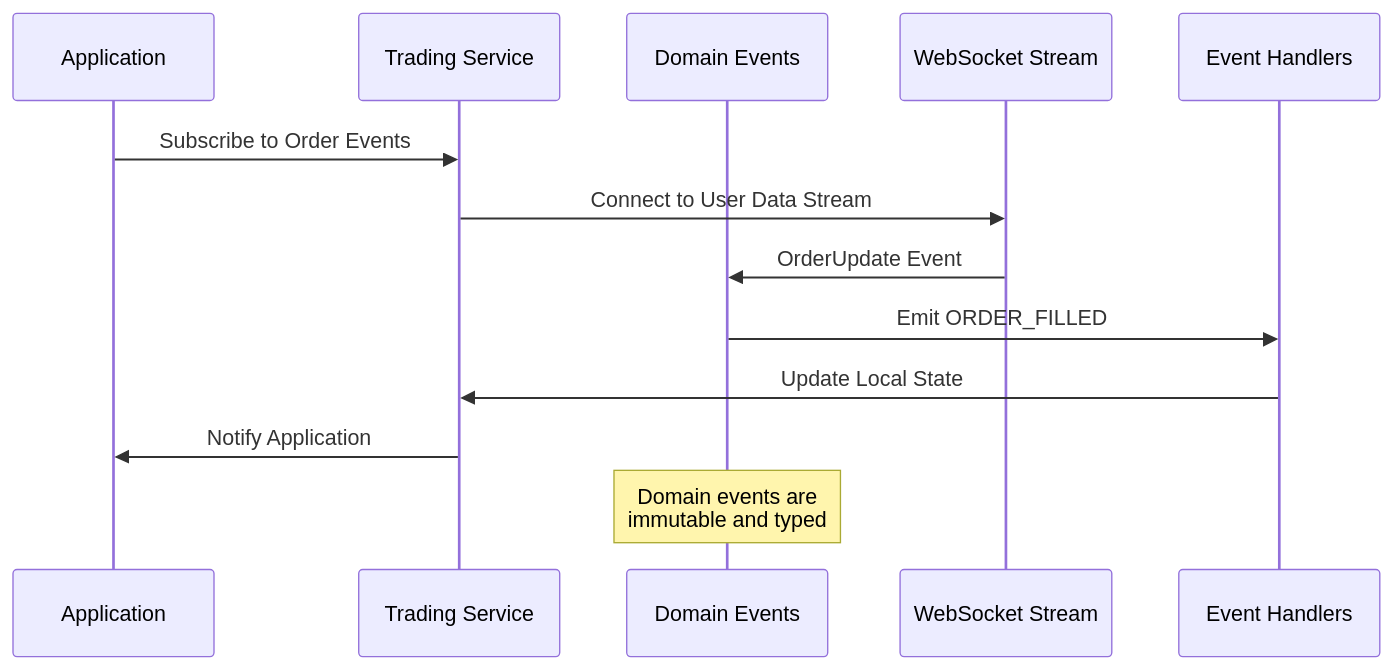
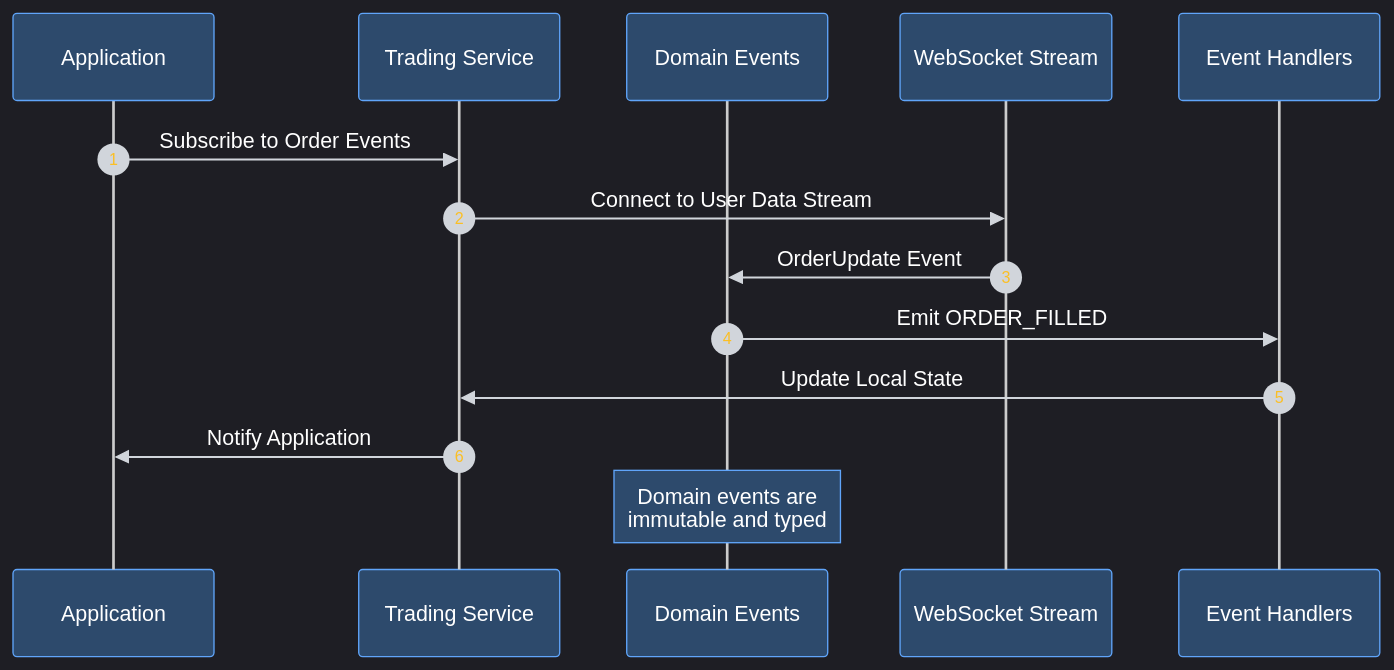
One commit to ArmandRicheletKleinberg/Ark.Alliance.Trading.Providers.Lib changed the second of 10 diagrams in README.md. Above: the diagram before and after it, drawn with Mermaid. The commit also changed other lines of this file, not shown here.

First line of the commit message:
feat: convert all diagrams to professional dark theme

````diff
--- a/README.md
+++ b/README.md
@@ -142,17 +150,19 @@
 ```mermaid
+%%{init: {'theme':'dark', 'themeVariables': {'primaryColor':'#1e3a5f','actorBkg':'#2d4a6c','actorBorder':'#60a5fa','actorTextColor':'#fff','signalColor':'#d1d5db','signalTextColor':'#fff','labelBoxBkgColor':'#1a2332','labelBoxBorderColor':'#60a5fa','labelTextColor':'#fff','loopTextColor':'#fff','noteBorderColor':'#60a5fa','noteBkgColor':'#2d4a6c','noteTextColor':'#fff','activationBorderColor':'#60a5fa','activationBkgColor':'#3a5f7d','sequenceNumberColor':'#fbbf24','messageTextColor':'#fff'}}}%%
 sequenceDiagram
+    autonumber
     participant Client as Application
     participant Service as Trading Service
     participant Domain as Domain Events
     participant WS as WebSocket Stream
     participant Handlers as Event Handlers
     
     Client->>Service: Subscribe to Order Events
     Service->>WS: Connect to User Data Stream
     WS->>Domain: OrderUpdate Event
     Domain->>Handlers: Emit ORDER_FILLED
     Handlers->>Service: Update Local State
     Service->>Client: Notify Application
     
     Note over Domain: Domain events are<br/>immutable and typed
 ```
````
